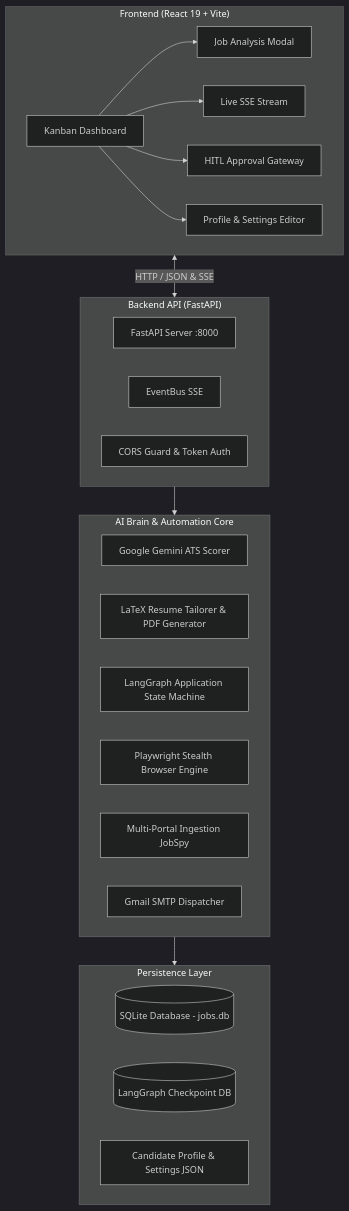
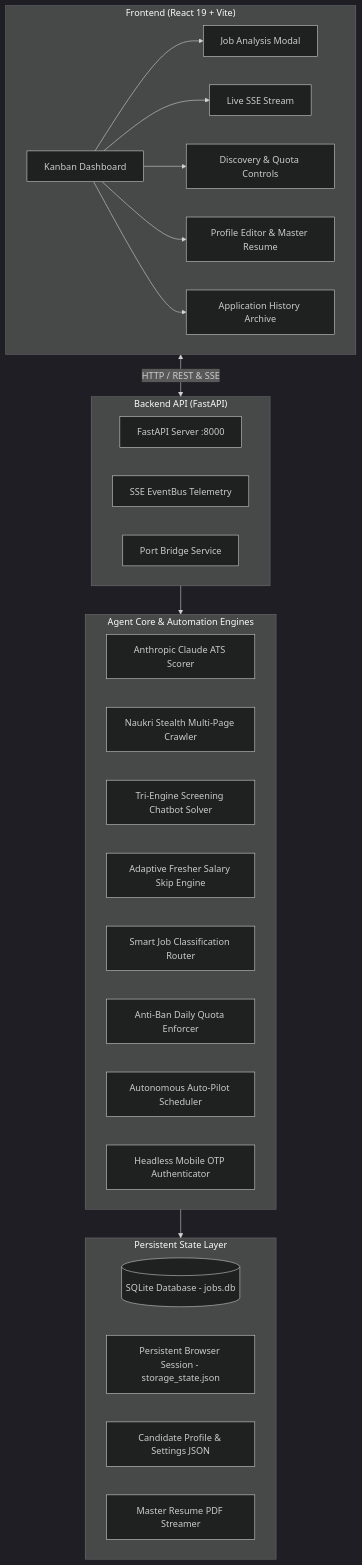
The diagram in README.md (Jayasurya227/Job_Automation_Agent), drawn with Mermaid (dark theme) before and after one commit. The commit also changed other lines of this file, not shown here.

Commit message:
docs: align architecture with Claude AI brain, real code metrics and full agent directory tree

````diff
--- a/README.md
+++ b/README.md
@@ -40,34 +43,38 @@
 ```mermaid
 flowchart TD
     subgraph UI ["Frontend (React 19 + Vite)"]
         A[Kanban Dashboard] --> B[Job Analysis Modal]
         A --> C[Live SSE Stream]
-        A --> D[HITL Approval Gateway]
-        A --> E[Profile & Settings Editor]
+        A --> D[Discovery & Quota Controls]
+        A --> E[Profile Editor & Master Resume]
+        A --> F[Application History Archive]
     end
 
     subgraph API ["Backend API (FastAPI)"]
-        F[FastAPI Server :8000]
-        G[EventBus SSE]
-        H[CORS Guard & Token Auth]
+        G[FastAPI Server :8000]
+        H[SSE EventBus Telemetry]
+        I[Port Bridge Service]
     end
 
-    subgraph Core ["AI Brain & Automation Core"]
-        I[Google Gemini ATS Scorer]
-        J[LaTeX Resume Tailorer & PDF Generator]
-        K[LangGraph Application State Machine]
-        L[Playwright Stealth Browser Engine]
-        M[Multi-Portal Ingestion JobSpy]
-        N[Gmail SMTP Dispatcher]
+    subgraph Core ["Agent Core & Automation Engines"]
+        J[Anthropic Claude ATS Scorer]
+        K[Naukri Stealth Multi-Page Crawler]
+        L[Tri-Engine Screening Chatbot Solver]
+        M[Adaptive Fresher Salary Skip Engine]
+        N[Smart Job Classification Router]
+        O[Anti-Ban Daily Quota Enforcer]
+        P[Autonomous Auto-Pilot Scheduler]
+        Q[Headless Mobile OTP Authenticator]
     end
 
-    subgraph Storage ["Persistence Layer"]
-        O[(SQLite Database - jobs.db)]
-        P[(LangGraph Checkpoint DB)]
-        Q[Candidate Profile & Settings JSON]
+    subgraph Storage ["Persistent State Layer"]
+        R[(SQLite Database - jobs.db)]
+        S[Persistent Browser Session - storage_state.json]
+        T[Candidate Profile & Settings JSON]
+        U[Master Resume PDF Streamer]
     end
 
-    UI <-->|HTTP / JSON & SSE| API
+    UI <-->|HTTP / REST & SSE| API
     API --> Core
     Core --> Storage
 ```
````
